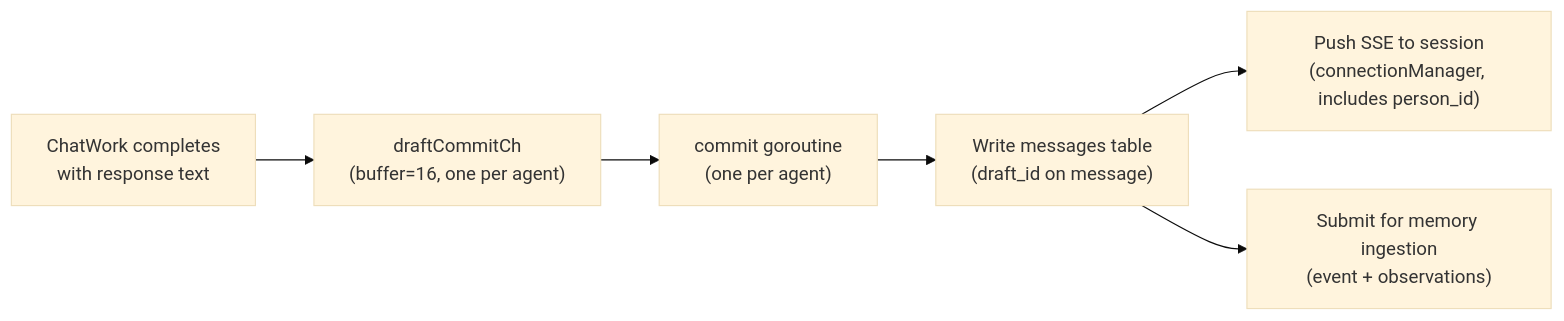
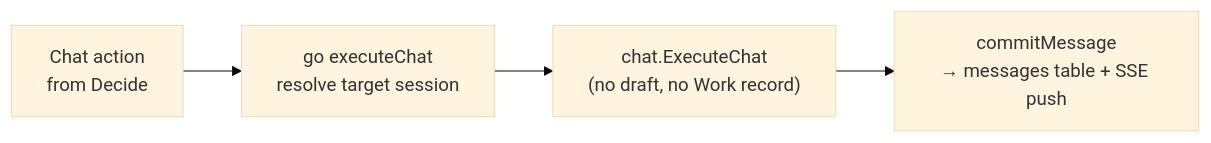
One commit to KoanJan/qingqiu-world changed the seventh of 10 diagrams in doc/engineering_implements/agent-runtime-event-loop.md. Above: the diagram before and after it, drawn with Mermaid (base theme). The commit also changed other lines of this file and 32 other files, not shown here.

````diff
--- a/doc/engineering_implements/agent-runtime-event-loop.md
+++ b/doc/engineering_implements/agent-runtime-event-loop.md
@@ -444,8 +387,6 @@
 ```mermaid
 flowchart LR
-    ChatWorkDone["ChatWork completes<br/>with response text"] --> DraftCh["draftCommitCh<br/>(buffer=16, one per agent)"]
-    DraftCh --> CommitGoroutine["commit goroutine<br/>(one per agent)"]
-    CommitGoroutine --> WriteMsg["Write messages table<br/>(draft_id on message)"]
-    WriteMsg --> PushSSE["Push SSE to session<br/>(connectionManager, includes person_id)"]
-    WriteMsg --> Ingest["Submit for memory ingestion<br/>(event + observations)"]
+    ChatAction["Chat action<br/>from Decide"] --> Goroutine["go executeChat<br/>resolve target session"]
+    Goroutine --> Execute["chat.ExecuteChat<br/>(no draft, no Work record)"]
+    Execute --> Commit["commitMessage<br/>→ messages table + SSE push"]
 ```
````
